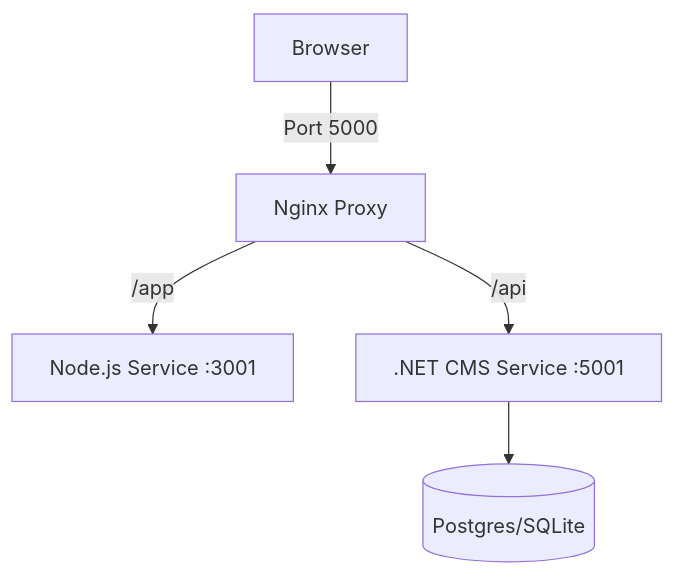
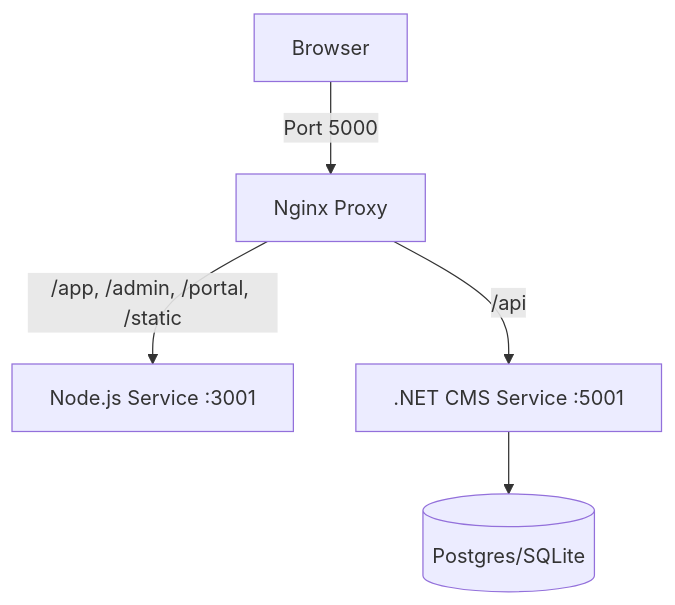
One commit to Senthil455/CMS changed the diagram in docs/wiki/Docker-Deployment.md. Above: the diagram before and after it, drawn with Mermaid. The commit also changed other lines of this file and 56 other files, not shown here.

````diff
--- a/docs/wiki/Docker-Deployment.md
+++ b/docs/wiki/Docker-Deployment.md
@@ -17,7 +17,7 @@
 ```mermaid
 graph TD
     Client[Browser] -->|Port 5000| Nginx[Nginx Proxy]
-    Nginx -->|/app| Node[Node.js Service :3001]
+    Nginx -->|/app, /admin, /portal, /static| Node[Node.js Service :3001]
     Nginx -->|/api| DotNet[.NET CMS Service :5001]
     DotNet --> DB[(Postgres/SQLite)]
 ```
````
